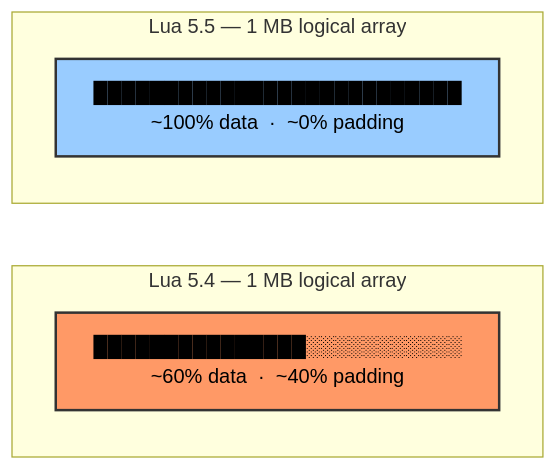
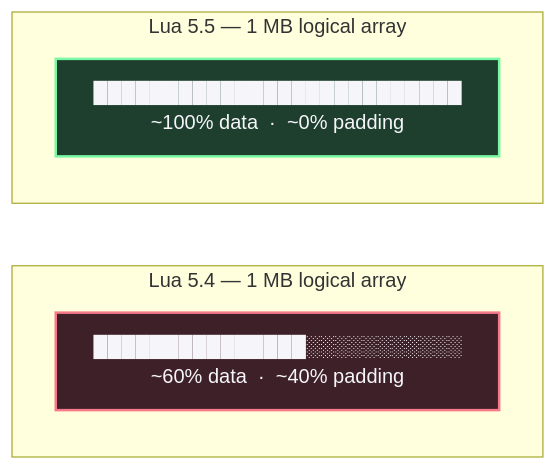
The third of 7 diagrams in content/Engine shit/O3DE/Atomic/8 Lua 5.5.1.md (Astin-A/the-workshop), drawn with Mermaid before and after one commit. The commit also changed other lines of this file and 24 other files, not shown here.

````diff
--- a/content/Engine shit/O3DE/Atomic/8 Lua 5.5.1.md
+++ b/content/Engine shit/O3DE/Atomic/8 Lua 5.5.1.md
@@ -106,12 +127,15 @@
 ```mermaid
 graph LR
     subgraph "Lua 5.4 — 1 MB logical array"
         A1["███████████████░░░░░░░░░░░<br/>~60% data &nbsp;·&nbsp; ~40% padding"]
     end
     subgraph "Lua 5.5 — 1 MB logical array"
         A2["██████████████████████████<br/>~100% data &nbsp;·&nbsp; ~0% padding"]
     end
-    
-    style A1 fill:#f96,stroke:#333,stroke-width:2px,color:#000
-    style A2 fill:#9cf,stroke:#333,stroke-width:2px,color:#000
+
+    classDef danger fill:#3e2028,stroke:#f77a8a,stroke-width:2px,color:#f5f5fa;
+    classDef success fill:#1e3f2e,stroke:#7af7a2,stroke-width:2px,color:#f5f5fa;
+
+    class A1 danger;
+    class A2 success;
 ```
````
